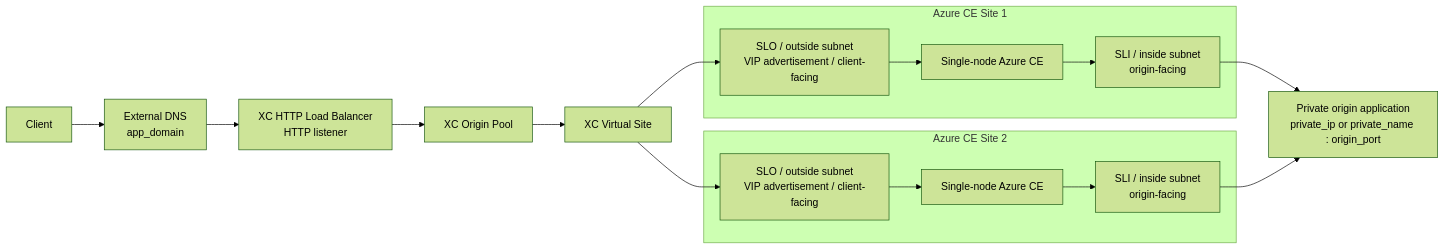
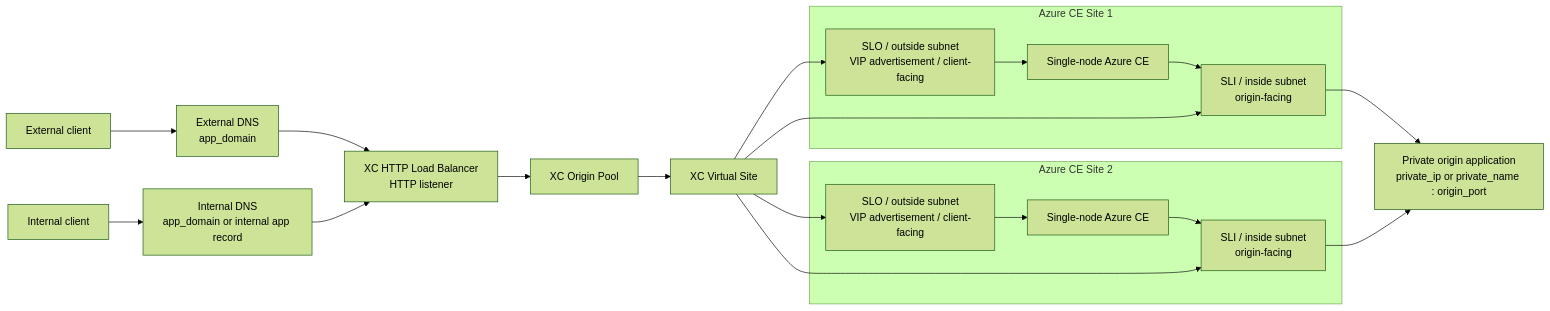
One commit to jackyatesaustin/single-node-virtual-site-two-interface changed the diagram in docs/traffic-flow.md. Above: the diagram before and after it, drawn with Mermaid (forest theme). The commit also changed other lines of this file and 4 other files, not shown here.

````diff
--- a/docs/traffic-flow.md
+++ b/docs/traffic-flow.md
@@ -5,33 +5,38 @@
 ```mermaid
 flowchart LR
-  client["Client"]
-  dns["External DNS<br/>app_domain"]
+  extClient["External client"]
+  extDns["External DNS<br/>app_domain"]
+  intClient["Internal client"]
+  intDns["Internal DNS<br/>app_domain or internal app record"]
   httpLb["XC HTTP Load Balancer<br/>HTTP listener"]
   originPool["XC Origin Pool"]
   vsite["XC Virtual Site"]
 
   subgraph site1["Azure CE Site 1"]
     ce1slo["SLO / outside subnet<br/>VIP advertisement / client-facing"]
     ce1["Single-node Azure CE"]
     ce1sli["SLI / inside subnet<br/>origin-facing"]
     ce1slo --> ce1 --> ce1sli
   end
 
   subgraph site2["Azure CE Site 2"]
     ce2slo["SLO / outside subnet<br/>VIP advertisement / client-facing"]
     ce2["Single-node Azure CE"]
     ce2sli["SLI / inside subnet<br/>origin-facing"]
     ce2slo --> ce2 --> ce2sli
   end
 
   origin["Private origin application<br/>private_ip or private_name : origin_port"]
 
-  client --> dns --> httpLb
+  extClient --> extDns --> httpLb
+  intClient --> intDns --> httpLb
   httpLb --> originPool
   originPool --> vsite
 
   vsite --> ce1slo
   vsite --> ce2slo
+  vsite --> ce1sli
+  vsite --> ce2sli
   ce1sli --> origin
   ce2sli --> origin
 ```
````
